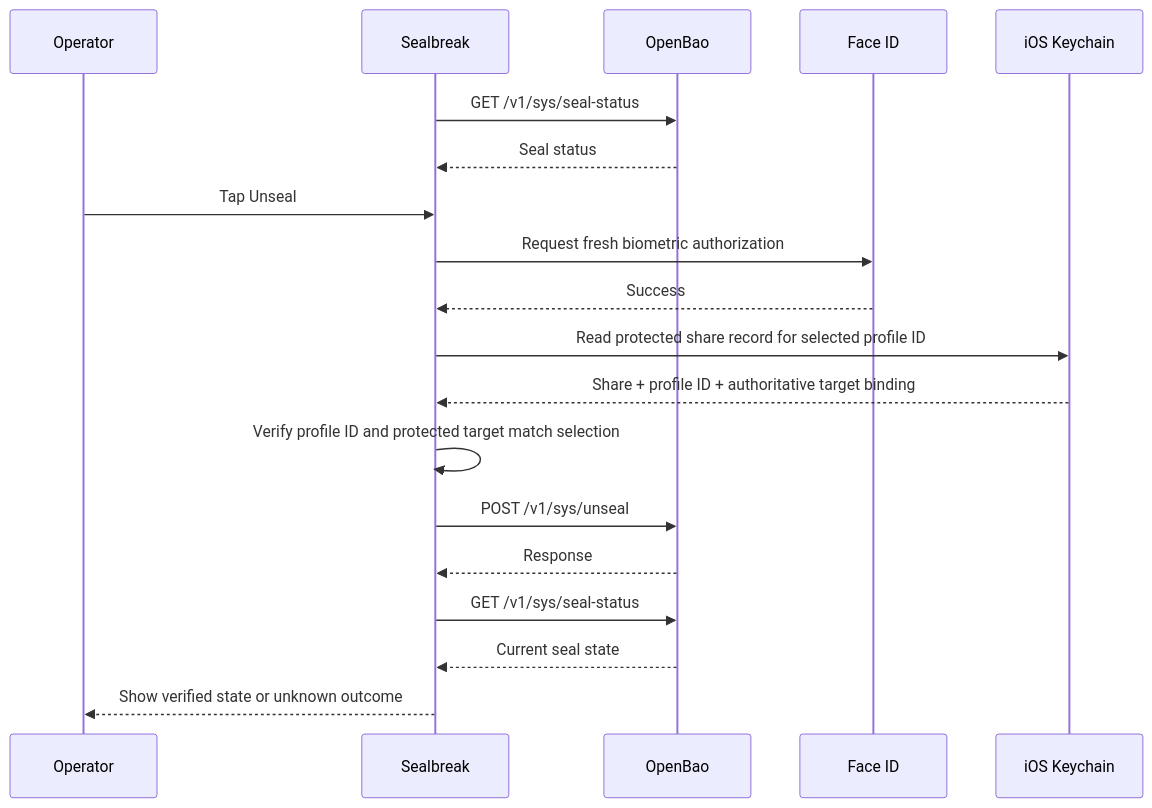
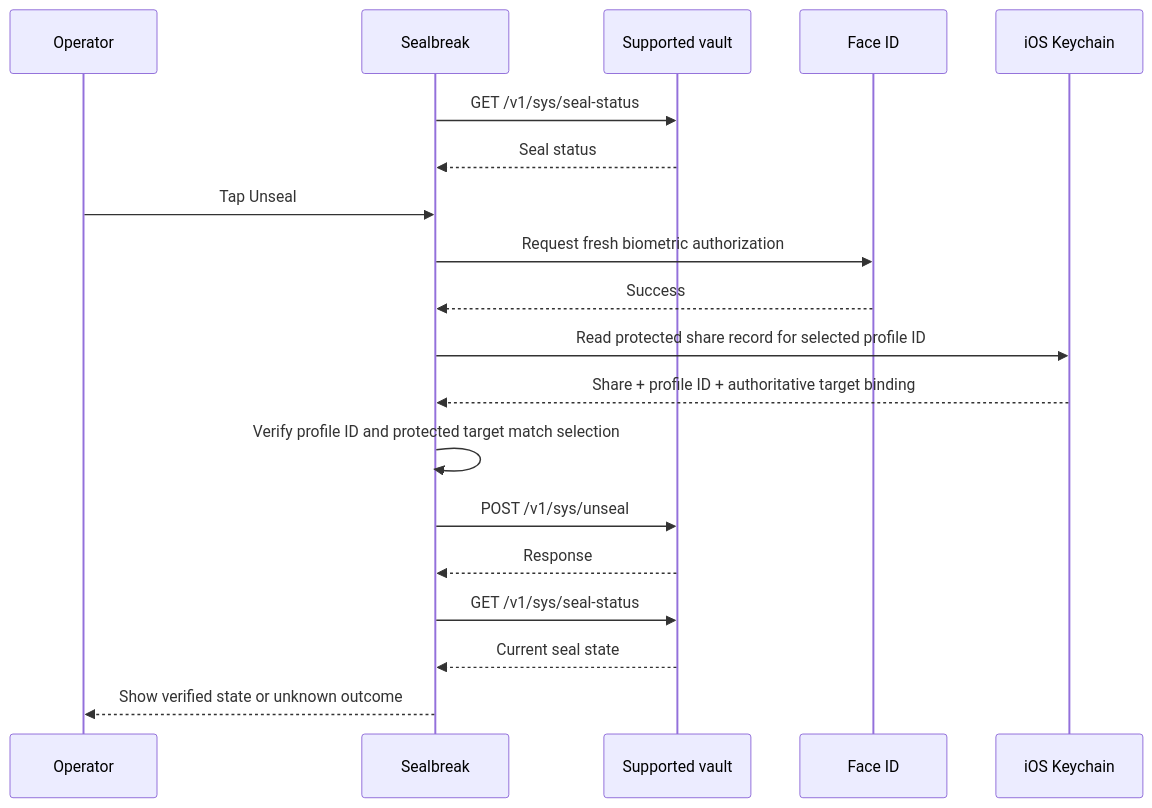
The second of 3 diagrams in THREAT_MODEL.md (GeorgesAlkhouri/sealbreak), drawn with Mermaid before and after one commit. The commit also changed other lines of this file, not shown here.

First line of the commit message:
docs: generalize threat model beyond OpenBao (#90)

````diff
--- a/THREAT_MODEL.md
+++ b/THREAT_MODEL.md
@@ -122,25 +123,25 @@
 ```mermaid
 sequenceDiagram
     participant U as Operator
     participant A as Sealbreak
-    participant O as OpenBao
+    participant V as Supported vault
     participant F as Face ID
     participant K as iOS Keychain
 
-    A->>O: GET /v1/sys/seal-status
-    O-->>A: Seal status
+    A->>V: GET /v1/sys/seal-status
+    V-->>A: Seal status
 
     U->>A: Tap Unseal
     A->>F: Request fresh biometric authorization
     F-->>A: Success
 
     A->>K: Read protected share record for selected profile ID
     K-->>A: Share + profile ID + authoritative target binding
     A->>A: Verify profile ID and protected target match selection
-    A->>O: POST /v1/sys/unseal
-    O-->>A: Response
+    A->>V: POST /v1/sys/unseal
+    V-->>A: Response
 
-    A->>O: GET /v1/sys/seal-status
-    O-->>A: Current seal state
+    A->>V: GET /v1/sys/seal-status
+    V-->>A: Current seal state
     A-->>U: Show verified state or unknown outcome
 ```
````
